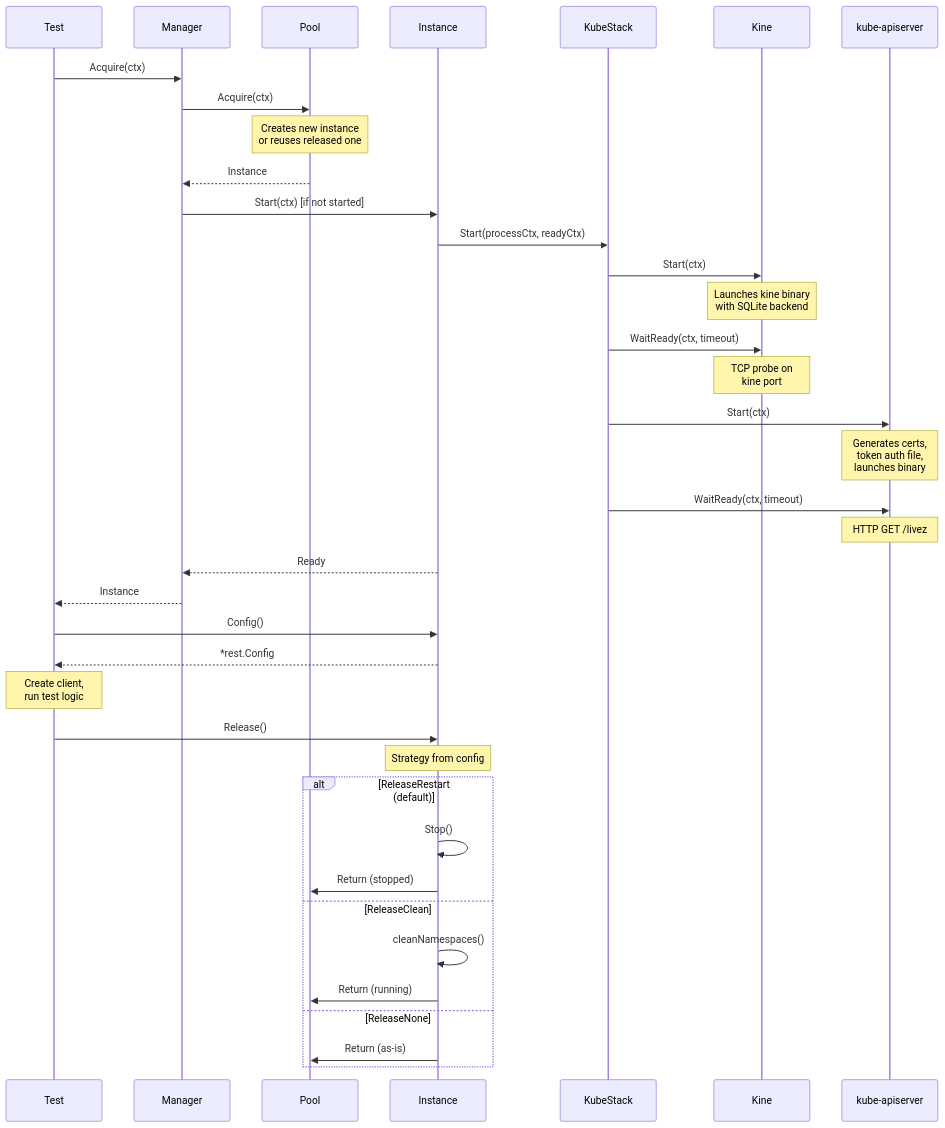
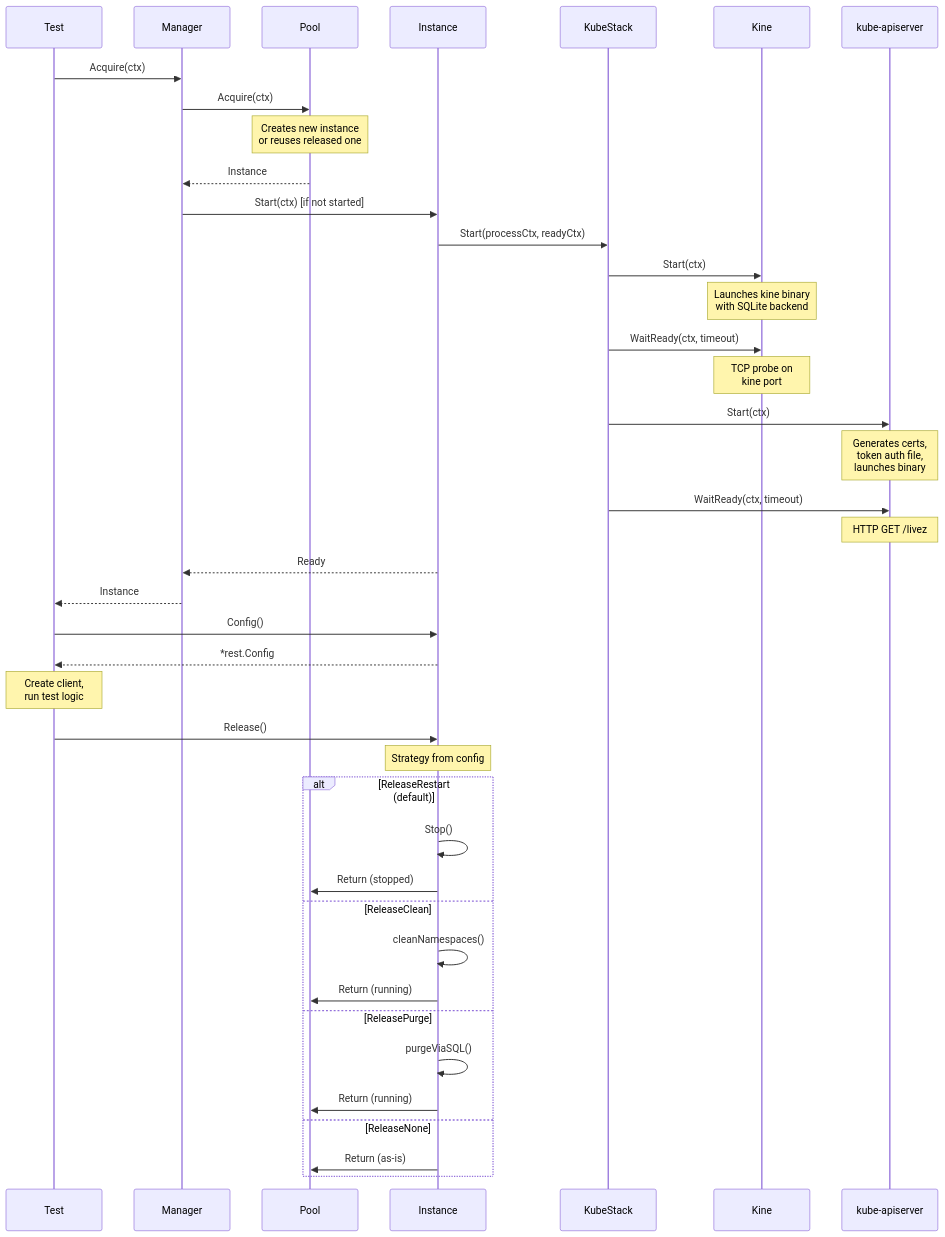
One commit to giantswarm/k8senv changed the first of 3 diagrams in docs/reference/data-flow.md. Above: the diagram before and after it, drawn with Mermaid. The commit also changed other lines of this file and 20 other files, not shown here.

First line of the commit message:
feat(core): add ReleasePurge strategy for direct SQLite cleanup

````diff
--- a/docs/reference/data-flow.md
+++ b/docs/reference/data-flow.md
@@ -7,49 +7,52 @@
 ```mermaid
 sequenceDiagram
     participant Test
     participant Manager
     participant Pool
     participant Instance
     participant Stack as KubeStack
     participant Kine
     participant APIServer as kube-apiserver
 
     Test->>Manager: Acquire(ctx)
     Manager->>Pool: Acquire(ctx)
     Note over Pool: Creates new instance<br/>or reuses released one
 
     Pool-->>Manager: Instance
     Manager->>Instance: Start(ctx) [if not started]
 
     Instance->>Stack: Start(processCtx, readyCtx)
     Stack->>Kine: Start(ctx)
     Note over Kine: Launches kine binary<br/>with SQLite backend
     Stack->>Kine: WaitReady(ctx, timeout)
     Note over Kine: TCP probe on<br/>kine port
 
     Stack->>APIServer: Start(ctx)
     Note over APIServer: Generates certs,<br/>token auth file,<br/>launches binary
     Stack->>APIServer: WaitReady(ctx, timeout)
     Note over APIServer: HTTP GET /livez
 
     Instance-->>Manager: Ready
     Manager-->>Test: Instance
 
     Test->>Instance: Config()
     Instance-->>Test: *rest.Config
 
     Note over Test: Create client,<br/>run test logic
 
     Test->>Instance: Release()
     Note over Instance: Strategy from config
 
     alt ReleaseRestart (default)
         Instance->>Instance: Stop()
         Instance->>Pool: Return (stopped)
     else ReleaseClean
         Instance->>Instance: cleanNamespaces()
         Instance->>Pool: Return (running)
+    else ReleasePurge
+        Instance->>Instance: purgeViaSQL()
+        Instance->>Pool: Return (running)
     else ReleaseNone
         Instance->>Pool: Return (as-is)
     end
 ```
````
